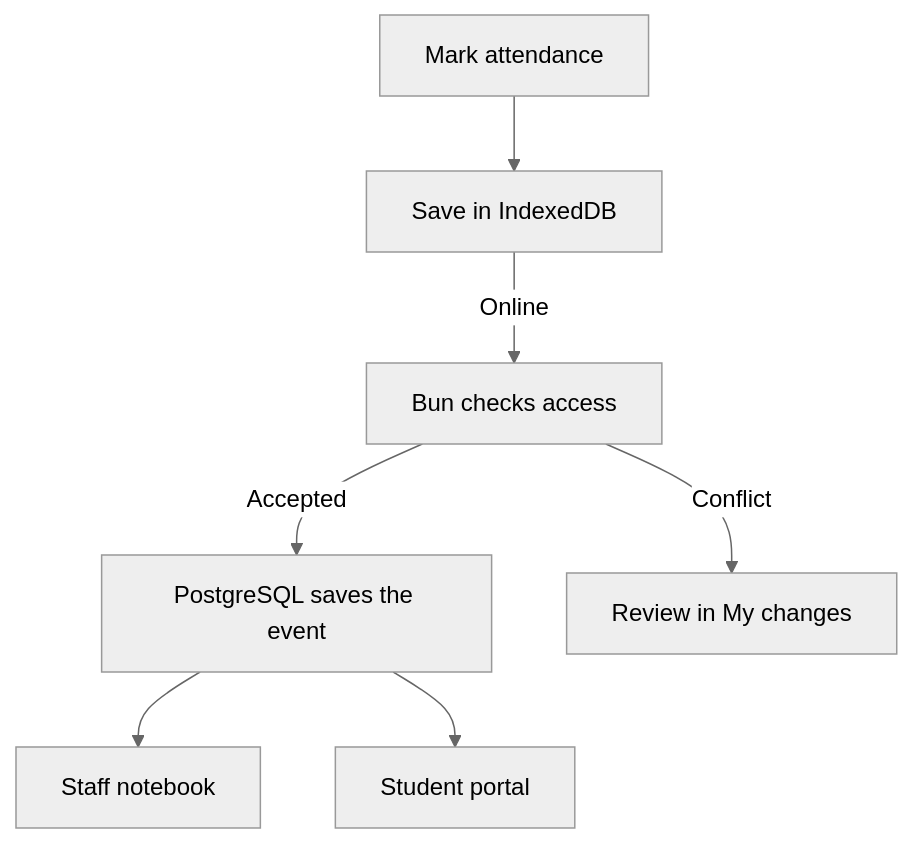
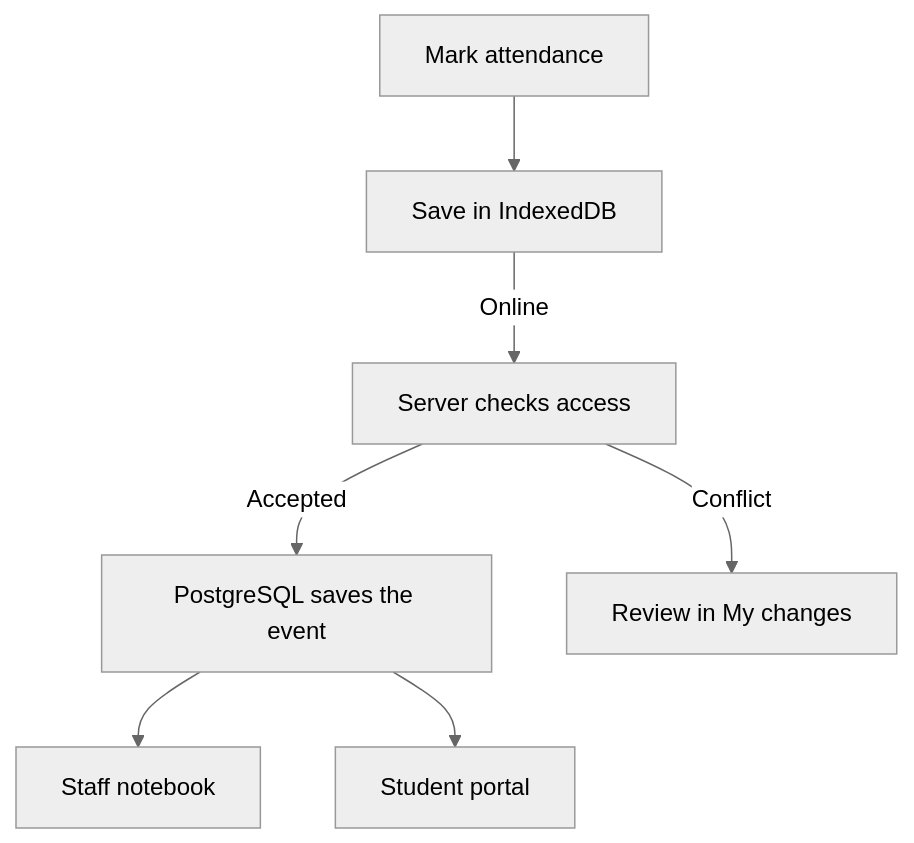
One commit to NasoohOlabi/wartaqi changed the second of 2 diagrams in README.md. Above: the diagram before and after it, drawn with Mermaid (neutral theme). The commit also changed other lines of this file and 208 other files, not shown here.

````diff
--- a/README.md
+++ b/README.md
@@ -42,11 +42,11 @@
 ```mermaid
 flowchart TD
     accTitle: How an attendance mark is saved
     accDescr: The browser saves a mark locally, then sends it to the API. An accepted mark reaches the notebook and student portal. A conflicting mark stays available for review.
     A[Mark attendance] --> B[Save in IndexedDB]
-    B -->|Online| C[Bun checks access]
+    B -->|Online| C[Server checks access]
     C -->|Accepted| D[PostgreSQL saves the event]
     C -->|Conflict| E[Review in My changes]
     D --> F[Staff notebook]
     D --> G[Student portal]
 ```
````
